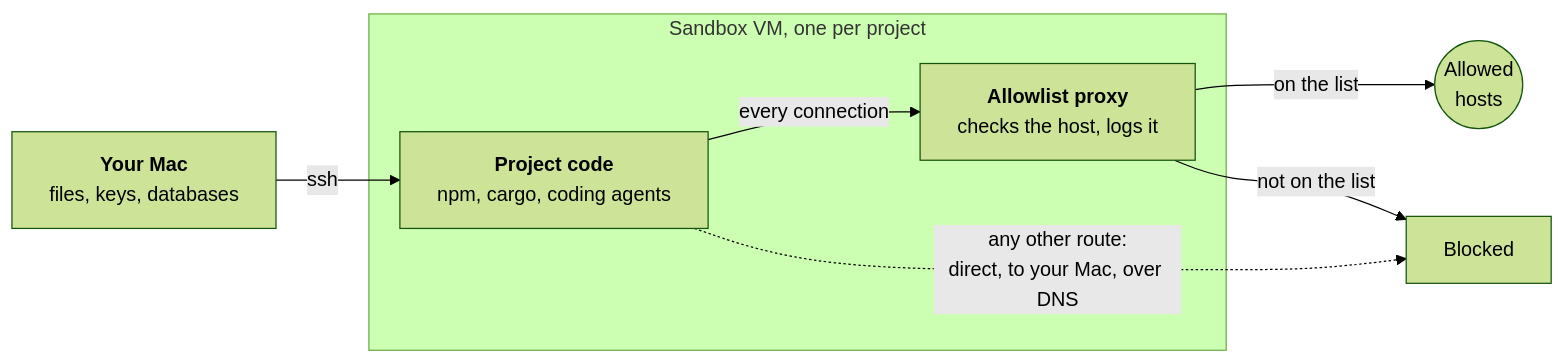
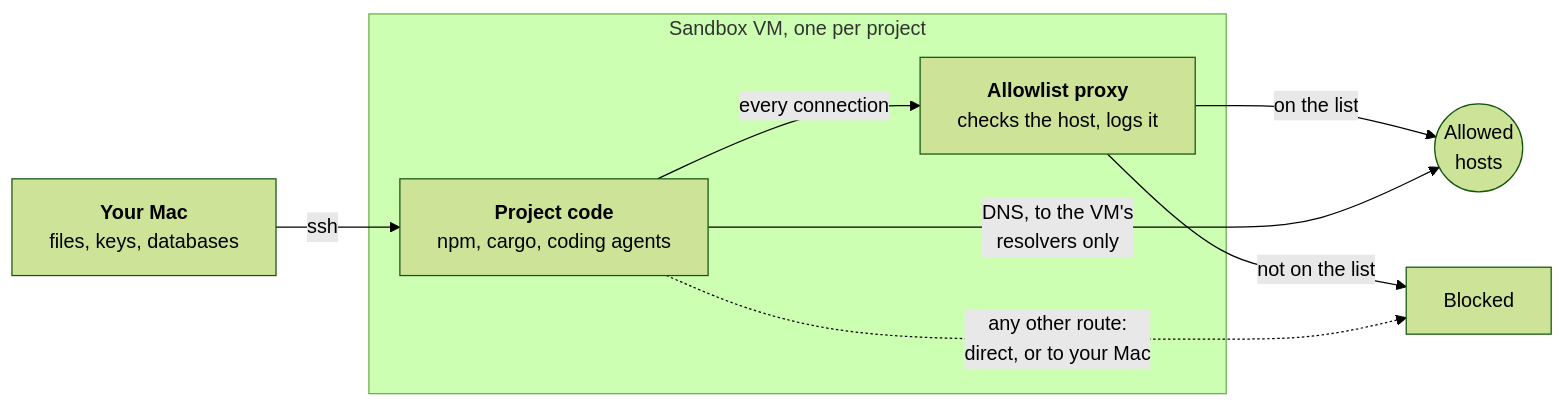
Before and after one commit to jurajpiar/devkit: the diagram in README.md, drawn with Mermaid (forest theme). The commit also changed other lines of this file and 2 other files, not shown here.

First line of the commit message:
Address review: require the proxy's 403, correct the DNS claim, scope the output note

````diff
--- a/README.md
+++ b/README.md
@@ -73,16 +73,17 @@
 ```mermaid
 flowchart LR
     mac["<b>Your Mac</b><br/>files, keys, databases"]
     subgraph vm["Sandbox VM, one per project"]
         code["<b>Project code</b><br/>npm, cargo, coding agents"]
         proxy["<b>Allowlist proxy</b><br/>checks the host, logs it"]
     end
     ok(("Allowed<br/>hosts"))
     no["Blocked"]
 
     mac -- "ssh" --> code
     code -- "every connection" --> proxy
     proxy -- "on the list" --> ok
     proxy -- "not on the list" --> no
-    code -. "any other route:<br/>direct, to your Mac, over DNS" .-> no
+    code -- "DNS, to the VM's<br/>resolvers only" --> ok
+    code -. "any other route:<br/>direct, or to your Mac" .-> no
 ```
````
